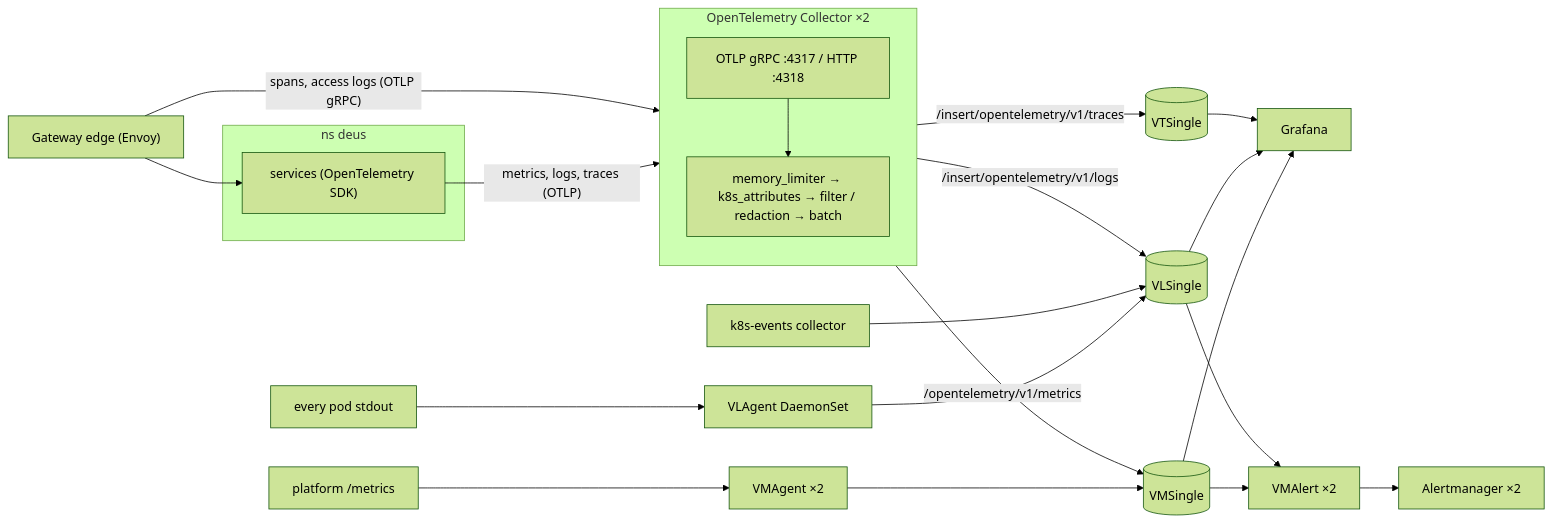
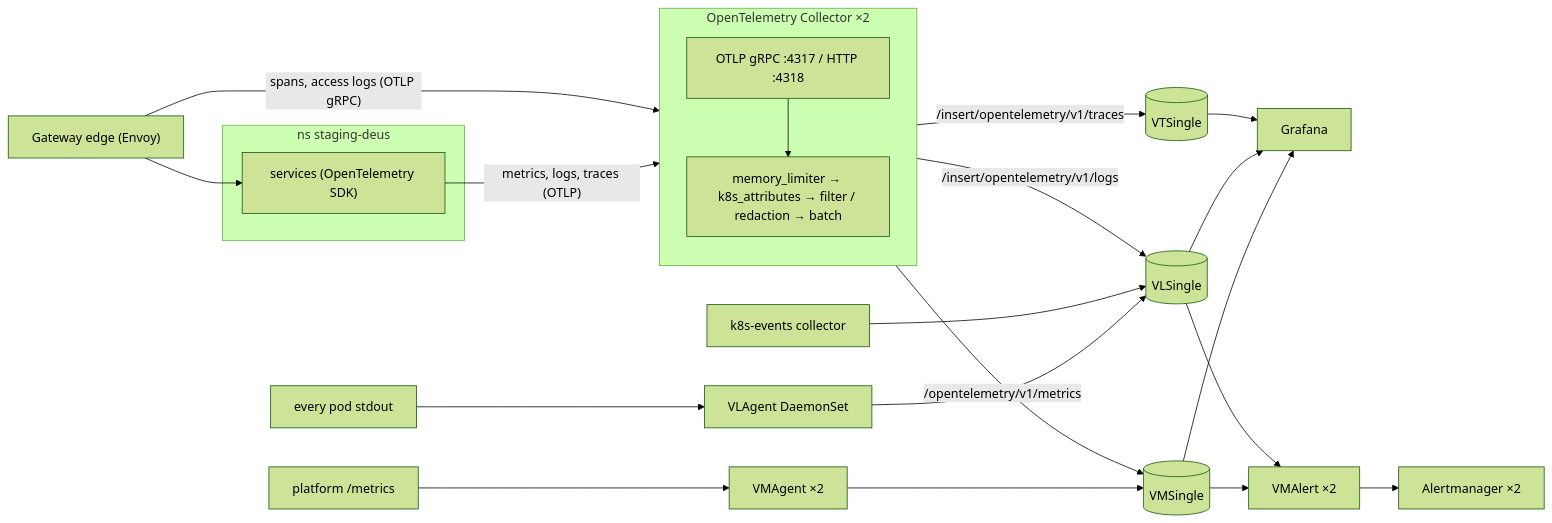
Before and after one commit to alice101-dev/k8s-victoria-observability: the diagram in docs/observability.md, drawn with Mermaid (forest theme). The commit also changed other lines of this file and 131 other files, not shown here.

````diff
--- a/docs/observability.md
+++ b/docs/observability.md
@@ -27,21 +27,21 @@
 ```mermaid
 flowchart LR
-  subgraph apps["ns deus"]
+  subgraph apps["ns staging-deus"]
     svc["services (OpenTelemetry SDK)"]
   end
   subgraph gw["OpenTelemetry Collector ×2"]
     direction TB
     rx["OTLP gRPC :4317 / HTTP :4318"] --> proc["memory_limiter → k8s_attributes → filter / redaction → batch"]
   end
   svc -- "metrics, logs, traces (OTLP)" --> rx
   edge["Gateway edge (Envoy)"] -- "spans, access logs (OTLP gRPC)" --> rx
   edge --> svc
   proc -- "/opentelemetry/v1/metrics" --> vm[("VMSingle")]
   proc -- "/insert/opentelemetry/v1/logs" --> vl[("VLSingle")]
   proc -- "/insert/opentelemetry/v1/traces" --> vt[("VTSingle")]
   pods["every pod stdout"] --> vla["VLAgent DaemonSet"] --> vl
   targets["platform /metrics"] --> vma["VMAgent ×2"] --> vm
   events["k8s-events collector"] --> vl
   vm & vl & vt --> grafana["Grafana"]
   vm & vl --> vmalert["VMAlert ×2"] --> am["Alertmanager ×2"]
 ```
````
